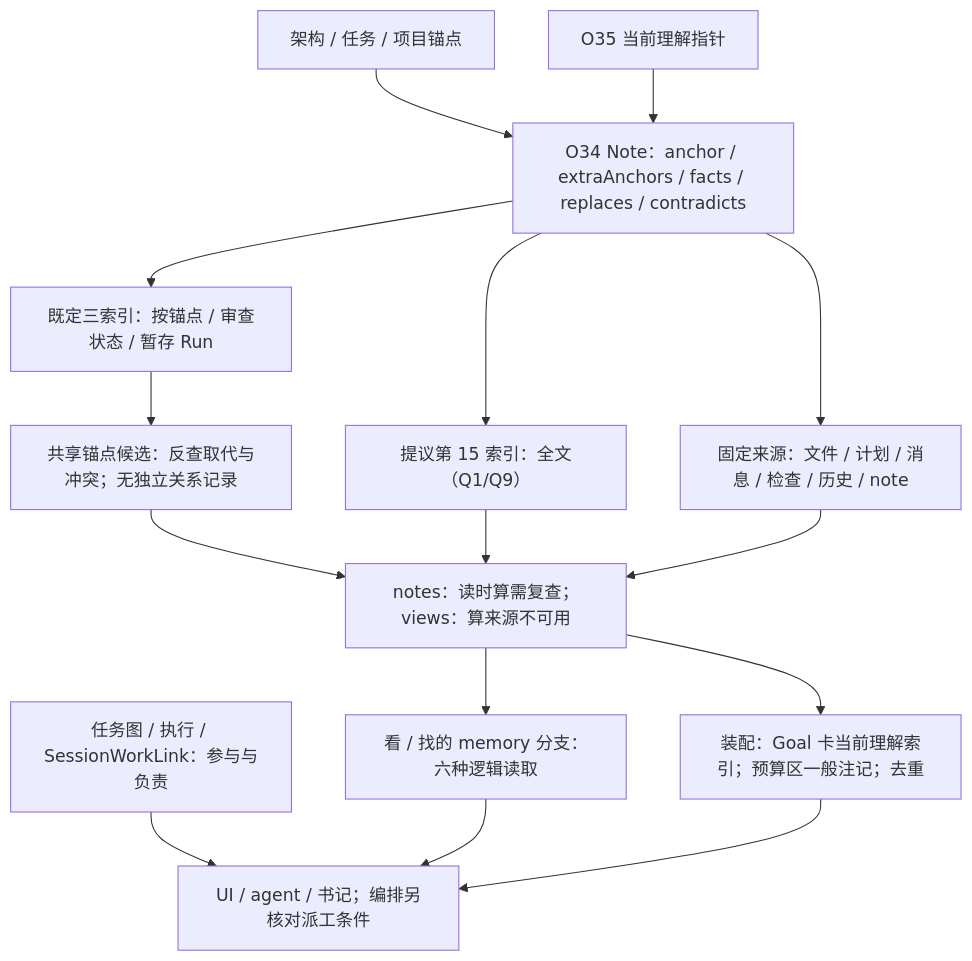
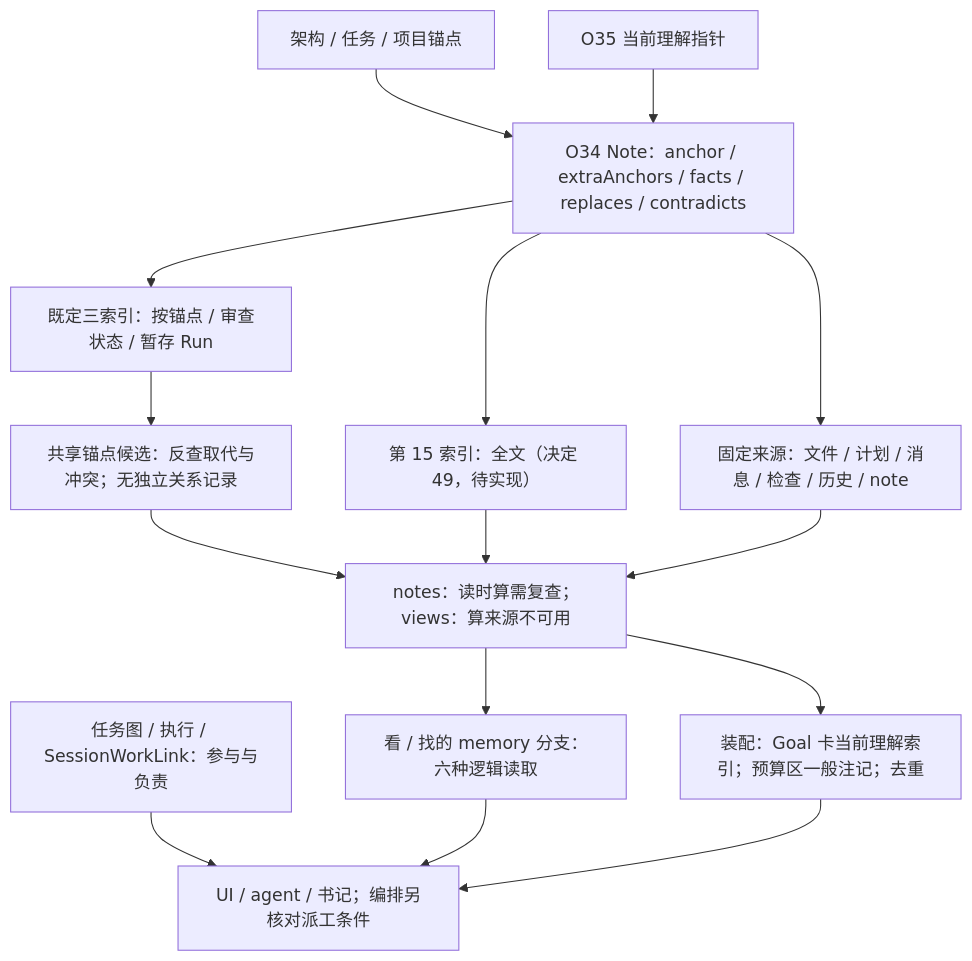
One commit to hk865/coding-platform changed the diagram in docs/refactor/design/orchestration-2026-10/MEMORY-LOOKUP.md. Above: the diagram before and after it, drawn with Mermaid. The commit also changed other lines of this file and 46 other files, not shown here.

```diff
--- a/docs/refactor/design/orchestration-2026-10/MEMORY-LOOKUP.md
+++ b/docs/refactor/design/orchestration-2026-10/MEMORY-LOOKUP.md
@@ -284,29 +284,29 @@
 ~~~mermaid
 flowchart TB
   A["架构 / 任务 / 项目锚点"]
   N["O34 Note：anchor / extraAnchors / facts / replaces / contradicts"]
   C["O35 当前理解指针"]
   E["固定来源：文件 / 计划 / 消息 / 检查 / 历史 / note"]
   I["既定三索引：按锚点 / 审查状态 / 暂存 Run"]
-  F["提议第 15 索引：全文（Q1/Q9）"]
+  F["第 15 索引：全文（决定 49，待实现）"]
   R["共享锚点候选：反查取代与冲突；无独立关系记录"]
   V["notes：读时算需复查；views：算来源不可用"]
   Q["看 / 找的 memory 分支：六种逻辑读取"]
   X["装配：Goal 卡当前理解索引；预算区一般注记；去重"]
   W["任务图 / 执行 / SessionWorkLink：参与与负责"]
   U["UI / agent / 书记；编排另核对派工条件"]
   A --> N
   C --> N
   N --> E
   N --> I
   N --> F
   I --> R
   R --> V
   F --> V
   E --> V
   V --> Q
   V --> X
   W --> U
   Q --> U
   X --> U
 ~~~
```
